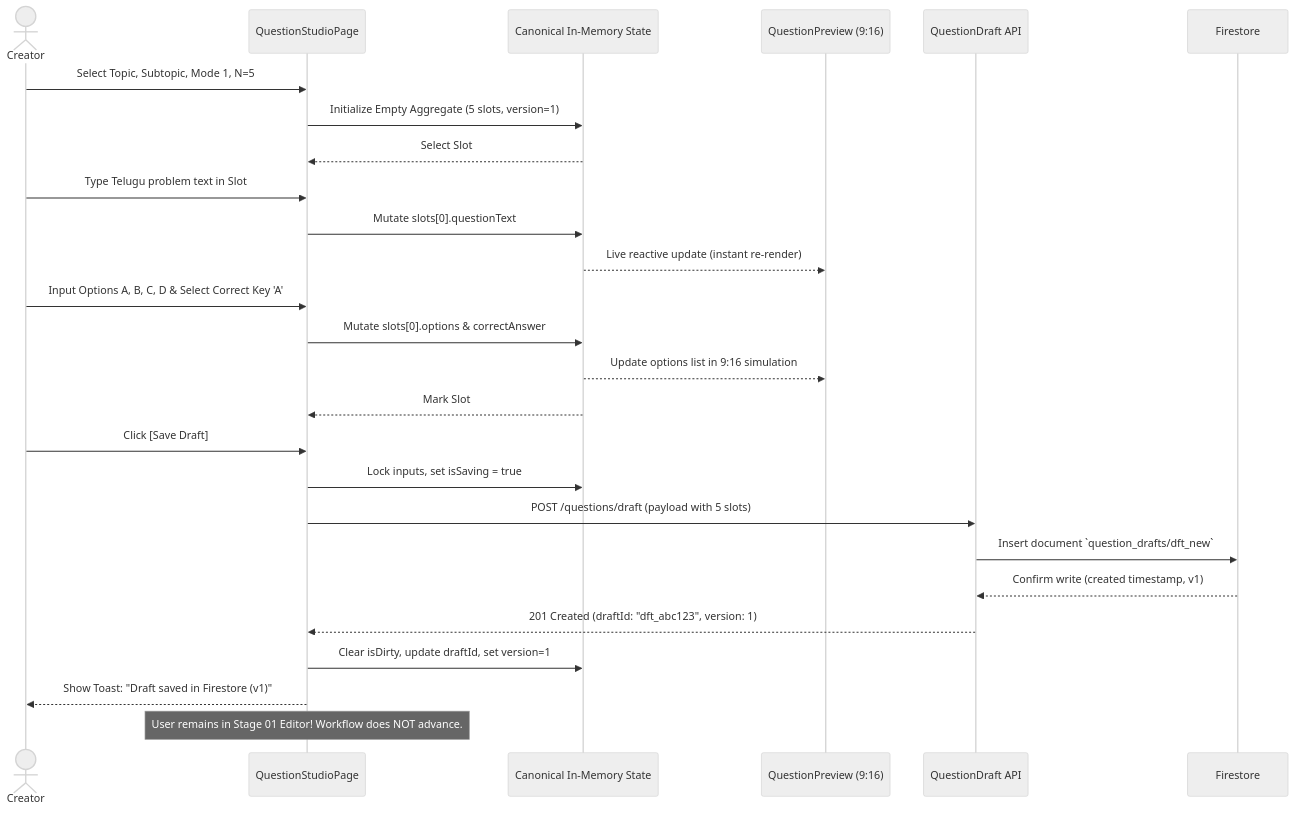
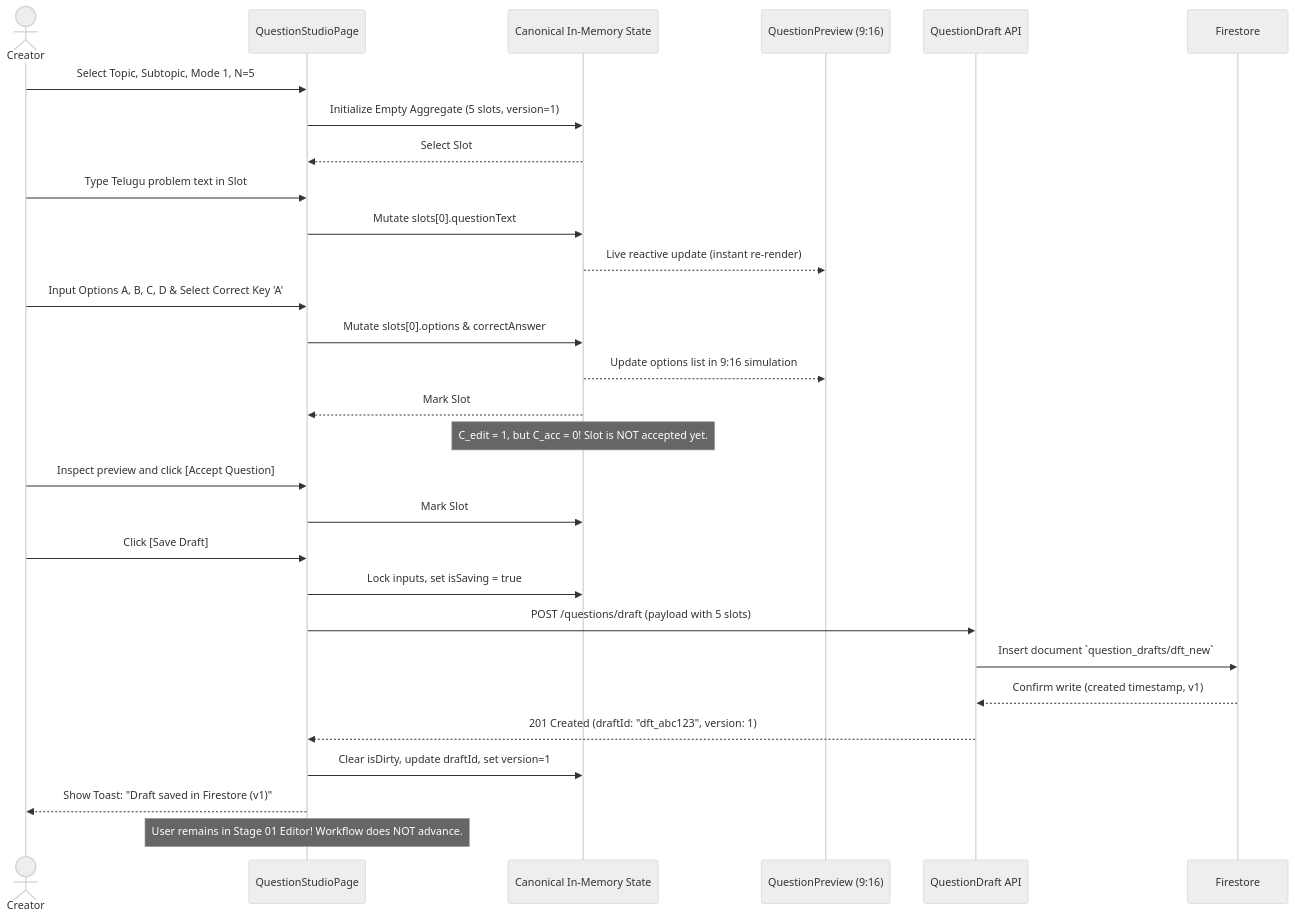
The fifth of 5 diagrams in docs/sprints/sprint-09/S9-T06-EDITOR-PREVIEW-INTERACTION-SPEC.md (Jithendranageswarareddy/burra_pariksha_cms), drawn with Mermaid (neutral theme) before and after one commit. The commit also changed other lines of this file, not shown here.

````diff
--- a/docs/sprints/sprint-09/S9-T06-EDITOR-PREVIEW-INTERACTION-SPEC.md
+++ b/docs/sprints/sprint-09/S9-T06-EDITOR-PREVIEW-INTERACTION-SPEC.md
@@ -621,29 +654,32 @@
 ```mermaid
 sequenceDiagram
     actor Creator
     participant UI as QuestionStudioPage
     participant State as Canonical In-Memory State
     participant Preview as QuestionPreview (9:16)
     participant API as QuestionDraft API
     participant FS as Firestore
 
     Creator->>UI: Select Topic, Subtopic, Mode 1, N=5
     UI->>State: Initialize Empty Aggregate (5 slots, version=1)
     State-->>UI: Select Slot #1 by default
     Creator->>UI: Type Telugu problem text in Slot #1
     UI->>State: Mutate slots[0].questionText
     State-->>Preview: Live reactive update (instant re-render)
     Creator->>UI: Input Options A, B, C, D & Select Correct Key 'A'
     UI->>State: Mutate slots[0].options & correctAnswer
     State-->>Preview: Update options list in 9:16 simulation
     State-->>UI: Mark Slot #1 status = MANUALLY_EDITED, isDirty = true
+    Note over State: C_edit = 1, but C_acc = 0! Slot is NOT accepted yet.
+    Creator->>UI: Inspect preview and click [Accept Question]
+    UI->>State: Mark Slot #1 status = ACCEPTED, C_acc = 1
     Creator->>UI: Click [Save Draft]
     UI->>State: Lock inputs, set isSaving = true
     UI->>API: POST /questions/draft (payload with 5 slots)
     API->>FS: Insert document `question_drafts/dft_new`
     FS-->>API: Confirm write (created timestamp, v1)
     API-->>UI: 201 Created (draftId: "dft_abc123", version: 1)
     UI->>State: Clear isDirty, update draftId, set version=1
     UI-->>Creator: Show Toast: "Draft saved in Firestore (v1)"
     Note over UI: User remains in Stage 01 Editor! Workflow does NOT advance.
 ```
````
